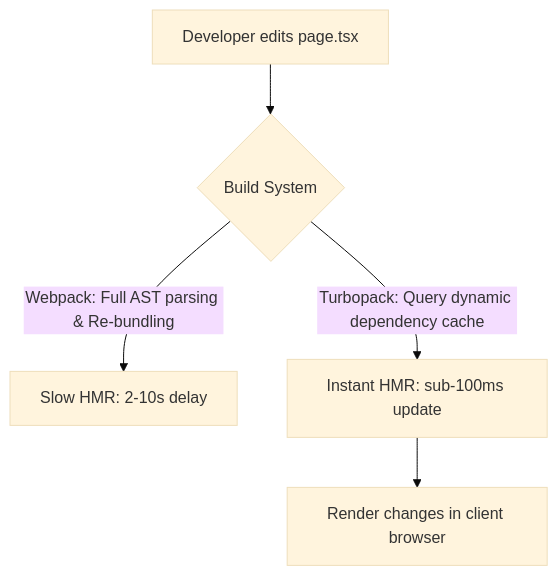
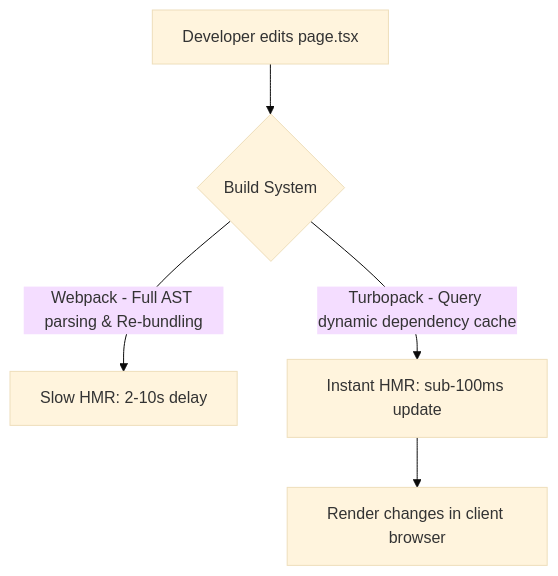
Before and after one commit to akmalkhaniub/akmalkhaniub.github.io: the diagram in blog/posts/nextjs-turbopack-native-tooling-era.md, drawn with Mermaid (base theme). The commit also changed other lines of this file and 411 other files, not shown here.

````diff
--- a/blog/posts/nextjs-turbopack-native-tooling-era.md
+++ b/blog/posts/nextjs-turbopack-native-tooling-era.md
@@ -17,7 +21,7 @@
 ```mermaid
-graph TD
+flowchart TD
   A[Developer edits page.tsx] --> B{Build System}
-  B -->|Webpack: Full AST parsing & Re-bundling| C[Slow HMR: 2-10s delay]
-  B -->|Turbopack: Query dynamic dependency cache| D[Instant HMR: sub-100ms update]
+  B -->|Webpack - Full AST parsing & Re-bundling| C[Slow HMR: 2-10s delay]
+  B -->|Turbopack - Query dynamic dependency cache| D[Instant HMR: sub-100ms update]
   D --> E[Render changes in client browser]
 ```
````
